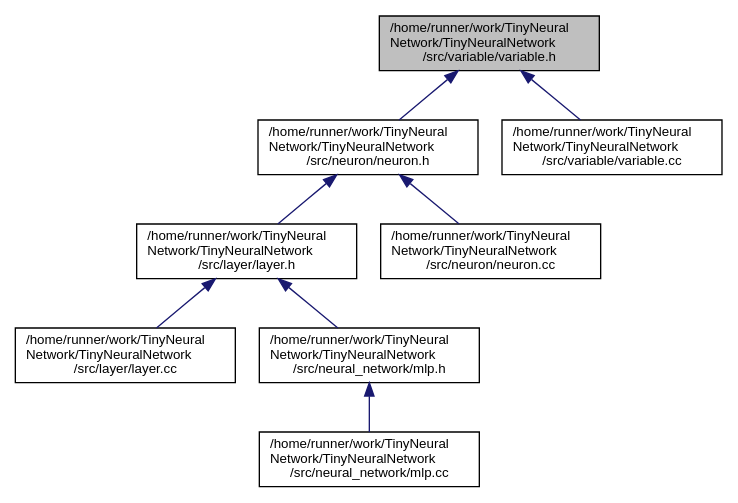
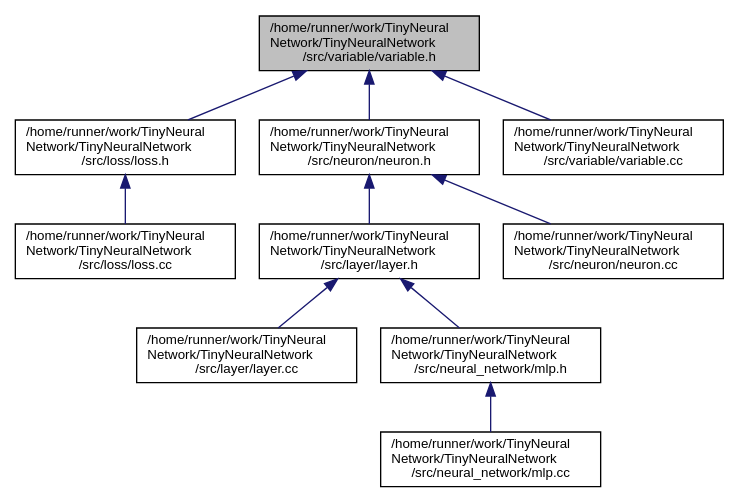
Before and after one commit to MaoSong2022/TinyNeuralNetwork: the diagram in variable_8h__dep__incl.dot, drawn with Graphviz. The commit also changed 73 other files, not shown here.

```diff
--- a/variable_8h__dep__incl.dot
+++ b/variable_8h__dep__incl.dot
@@ -1,21 +1,25 @@
 digraph "/home/runner/work/TinyNeuralNetwork/TinyNeuralNetwork/src/variable/variable.h"
 {
  // LATEX_PDF_SIZE
   edge [fontname="Helvetica",fontsize="10",labelfontname="Helvetica",labelfontsize="10"];
   node [fontname="Helvetica",fontsize="10",shape=record];
   Node1 [label="/home/runner/work/TinyNeural\lNetwork/TinyNeuralNetwork\l/src/variable/variable.h",height=0.2,width=0.4,color="black", fillcolor="grey75", style="filled", fontcolor="black",tooltip=" "];
   Node1 -> Node2 [dir="back",color="midnightblue",fontsize="10",style="solid",fontname="Helvetica"];
-  Node2 [label="/home/runner/work/TinyNeural\lNetwork/TinyNeuralNetwork\l/src/neuron/neuron.h",height=0.2,width=0.4,color="black", fillcolor="white", style="filled",URL="$neuron_8h.html",tooltip=" "];
+  Node2 [label="/home/runner/work/TinyNeural\lNetwork/TinyNeuralNetwork\l/src/loss/loss.h",height=0.2,width=0.4,color="black", fillcolor="white", style="filled",URL="$loss_8h.html",tooltip=" "];
   Node2 -> Node3 [dir="back",color="midnightblue",fontsize="10",style="solid",fontname="Helvetica"];
-  Node3 [label="/home/runner/work/TinyNeural\lNetwork/TinyNeuralNetwork\l/src/layer/layer.h",height=0.2,width=0.4,color="black", fillcolor="white", style="filled",URL="$layer_8h.html",tooltip=" "];
-  Node3 -> Node4 [dir="back",color="midnightblue",fontsize="10",style="solid",fontname="Helvetica"];
-  Node4 [label="/home/runner/work/TinyNeural\lNetwork/TinyNeuralNetwork\l/src/layer/layer.cc",height=0.2,width=0.4,color="black", fillcolor="white", style="filled",URL="$layer_8cc.html",tooltip=" "];
-  Node3 -> Node5 [dir="back",color="midnightblue",fontsize="10",style="solid",fontname="Helvetica"];
-  Node5 [label="/home/runner/work/TinyNeural\lNetwork/TinyNeuralNetwork\l/src/neural_network/mlp.h",height=0.2,width=0.4,color="black", fillcolor="white", style="filled",URL="$mlp_8h.html",tooltip=" "];
+  Node3 [label="/home/runner/work/TinyNeural\lNetwork/TinyNeuralNetwork\l/src/loss/loss.cc",height=0.2,width=0.4,color="black", fillcolor="white", style="filled",URL="$loss_8cc.html",tooltip=" "];
+  Node1 -> Node4 [dir="back",color="midnightblue",fontsize="10",style="solid",fontname="Helvetica"];
+  Node4 [label="/home/runner/work/TinyNeural\lNetwork/TinyNeuralNetwork\l/src/neuron/neuron.h",height=0.2,width=0.4,color="black", fillcolor="white", style="filled",URL="$neuron_8h.html",tooltip=" "];
+  Node4 -> Node5 [dir="back",color="midnightblue",fontsize="10",style="solid",fontname="Helvetica"];
+  Node5 [label="/home/runner/work/TinyNeural\lNetwork/TinyNeuralNetwork\l/src/layer/layer.h",height=0.2,width=0.4,color="black", fillcolor="white", style="filled",URL="$layer_8h.html",tooltip=" "];
   Node5 -> Node6 [dir="back",color="midnightblue",fontsize="10",style="solid",fontname="Helvetica"];
-  Node6 [label="/home/runner/work/TinyNeural\lNetwork/TinyNeuralNetwork\l/src/neural_network/mlp.cc",height=0.2,width=0.4,color="black", fillcolor="white", style="filled",URL="$mlp_8cc.html",tooltip=" "];
-  Node2 -> Node7 [dir="back",color="midnightblue",fontsize="10",style="solid",fontname="Helvetica"];
-  Node7 [label="/home/runner/work/TinyNeural\lNetwork/TinyNeuralNetwork\l/src/neuron/neuron.cc",height=0.2,width=0.4,color="black", fillcolor="white", style="filled",URL="$neuron_8cc.html",tooltip=" "];
-  Node1 -> Node8 [dir="back",color="midnightblue",fontsize="10",style="solid",fontname="Helvetica"];
-  Node8 [label="/home/runner/work/TinyNeural\lNetwork/TinyNeuralNetwork\l/src/variable/variable.cc",height=0.2,width=0.4,color="black", fillcolor="white", style="filled",URL="$variable_8cc.html",tooltip=" "];
+  Node6 [label="/home/runner/work/TinyNeural\lNetwork/TinyNeuralNetwork\l/src/layer/layer.cc",height=0.2,width=0.4,color="black", fillcolor="white", style="filled",URL="$layer_8cc.html",tooltip=" "];
+  Node5 -> Node7 [dir="back",color="midnightblue",fontsize="10",style="solid",fontname="Helvetica"];
+  Node7 [label="/home/runner/work/TinyNeural\lNetwork/TinyNeuralNetwork\l/src/neural_network/mlp.h",height=0.2,width=0.4,color="black", fillcolor="white", style="filled",URL="$mlp_8h.html",tooltip=" "];
+  Node7 -> Node8 [dir="back",color="midnightblue",fontsize="10",style="solid",fontname="Helvetica"];
+  Node8 [label="/home/runner/work/TinyNeural\lNetwork/TinyNeuralNetwork\l/src/neural_network/mlp.cc",height=0.2,width=0.4,color="black", fillcolor="white", style="filled",URL="$mlp_8cc.html",tooltip=" "];
+  Node4 -> Node9 [dir="back",color="midnightblue",fontsize="10",style="solid",fontname="Helvetica"];
+  Node9 [label="/home/runner/work/TinyNeural\lNetwork/TinyNeuralNetwork\l/src/neuron/neuron.cc",height=0.2,width=0.4,color="black", fillcolor="white", style="filled",URL="$neuron_8cc.html",tooltip=" "];
+  Node1 -> Node10 [dir="back",color="midnightblue",fontsize="10",style="solid",fontname="Helvetica"];
+  Node10 [label="/home/runner/work/TinyNeural\lNetwork/TinyNeuralNetwork\l/src/variable/variable.cc",height=0.2,width=0.4,color="black", fillcolor="white", style="filled",URL="$variable_8cc.html",tooltip=" "];
 }
```
